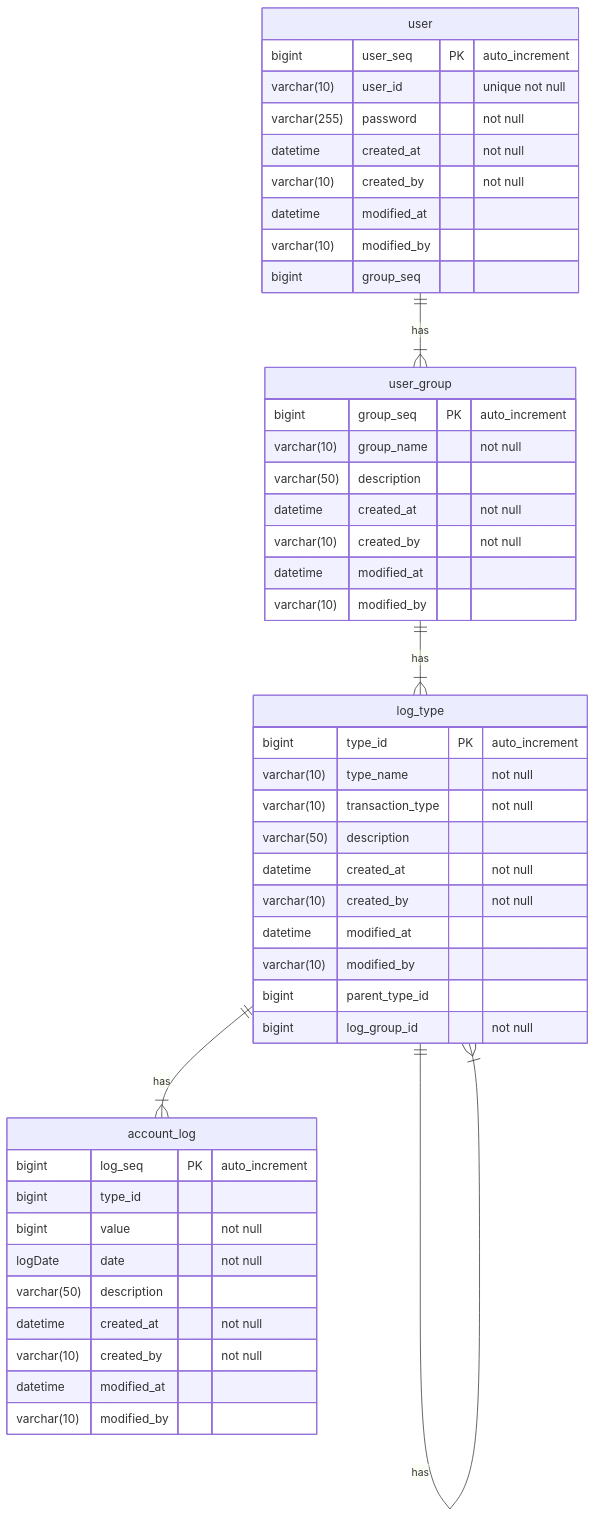
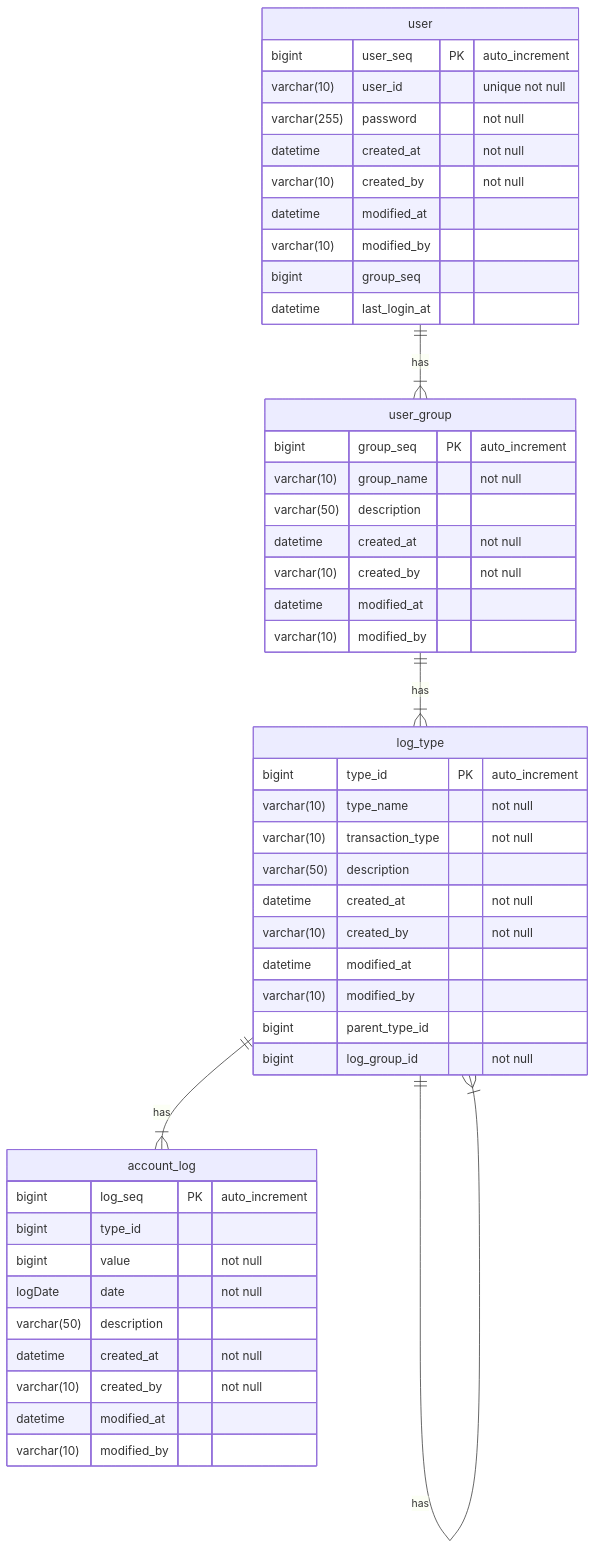
The diagram in README.md (SeungHeeNoh/accountBook), drawn with Mermaid before and after one commit.

Commit message:
feat: erd의 user 테이블에 마지막으로 로그인한 시각이 저장될 last_login_at 컬럼 추가
#17

````diff
--- a/README.md
+++ b/README.md
@@ -11,50 +11,51 @@
 ```mermaid
 erDiagram
     user ||--|{ user_group : has
     user_group ||--|{ log_type : has
     log_type ||--|{ log_type : has
     log_type ||--|{ account_log : has
     user {
         bigint user_seq PK "auto_increment"
         varchar(10) user_id "unique not null"
         varchar(255) password "not null"
         datetime created_at "not null"
         varchar(10) created_by "not null"
         datetime modified_at
         varchar(10) modified_by
         bigint group_seq
+        datetime last_login_at
     }
     user_group {
         bigint group_seq PK "auto_increment"
         varchar(10) group_name "not null"
         varchar(50) description
         datetime created_at "not null"
         varchar(10) created_by "not null"
         datetime modified_at
         varchar(10) modified_by
     }
     log_type {
         bigint type_id PK "auto_increment"
         varchar(10) type_name "not null"
         varchar(10) transaction_type "not null"
         varchar(50) description
         datetime created_at "not null"
         varchar(10) created_by "not null"
         datetime modified_at
         varchar(10) modified_by
         bigint parent_type_id
         bigint log_group_id "not null"
     }
     account_log {
         bigint log_seq PK "auto_increment"
         bigint type_id
         bigint value "not null"
         logDate date "not null"
         varchar(50) description
         datetime created_at "not null"
         varchar(10) created_by "not null"
         datetime modified_at
         varchar(10) modified_by
     }
 
 ```
````
